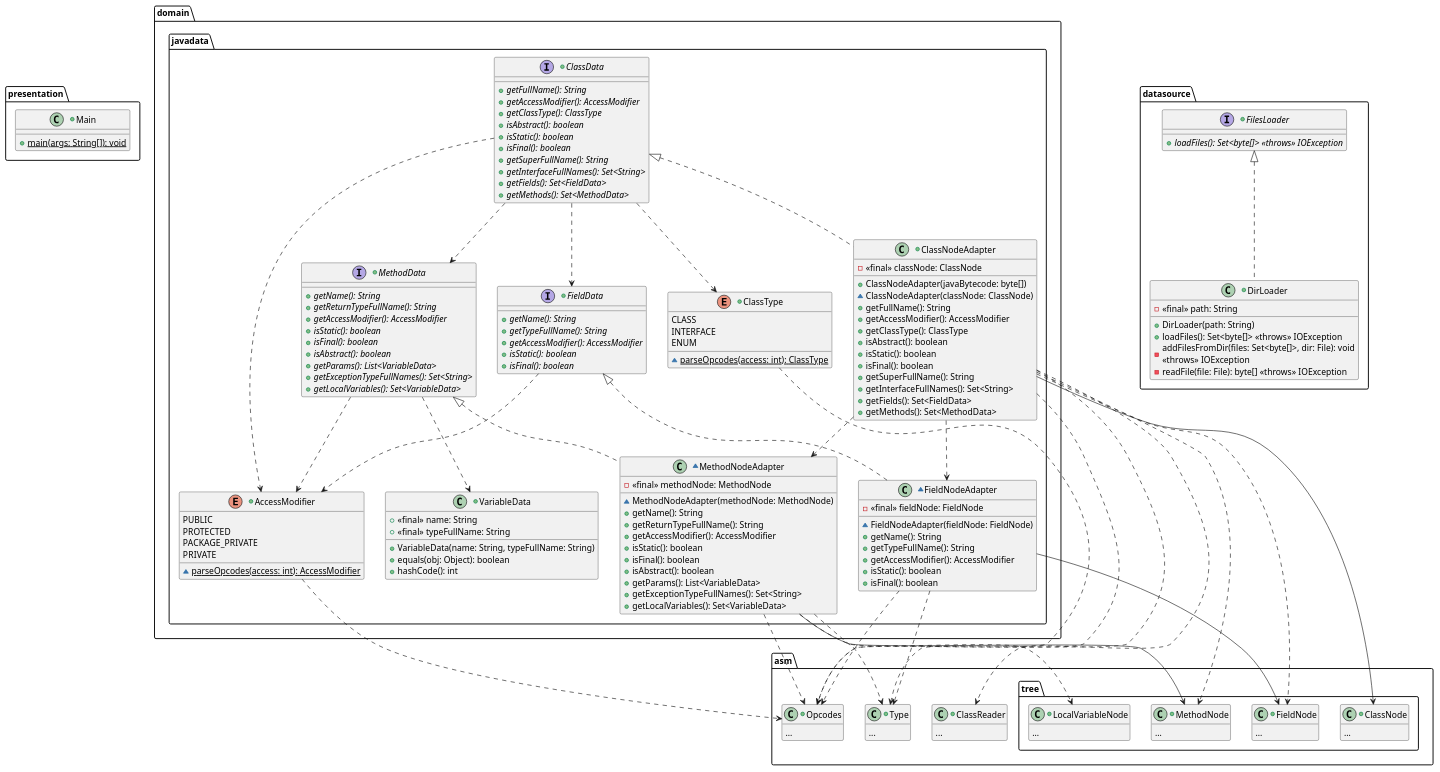
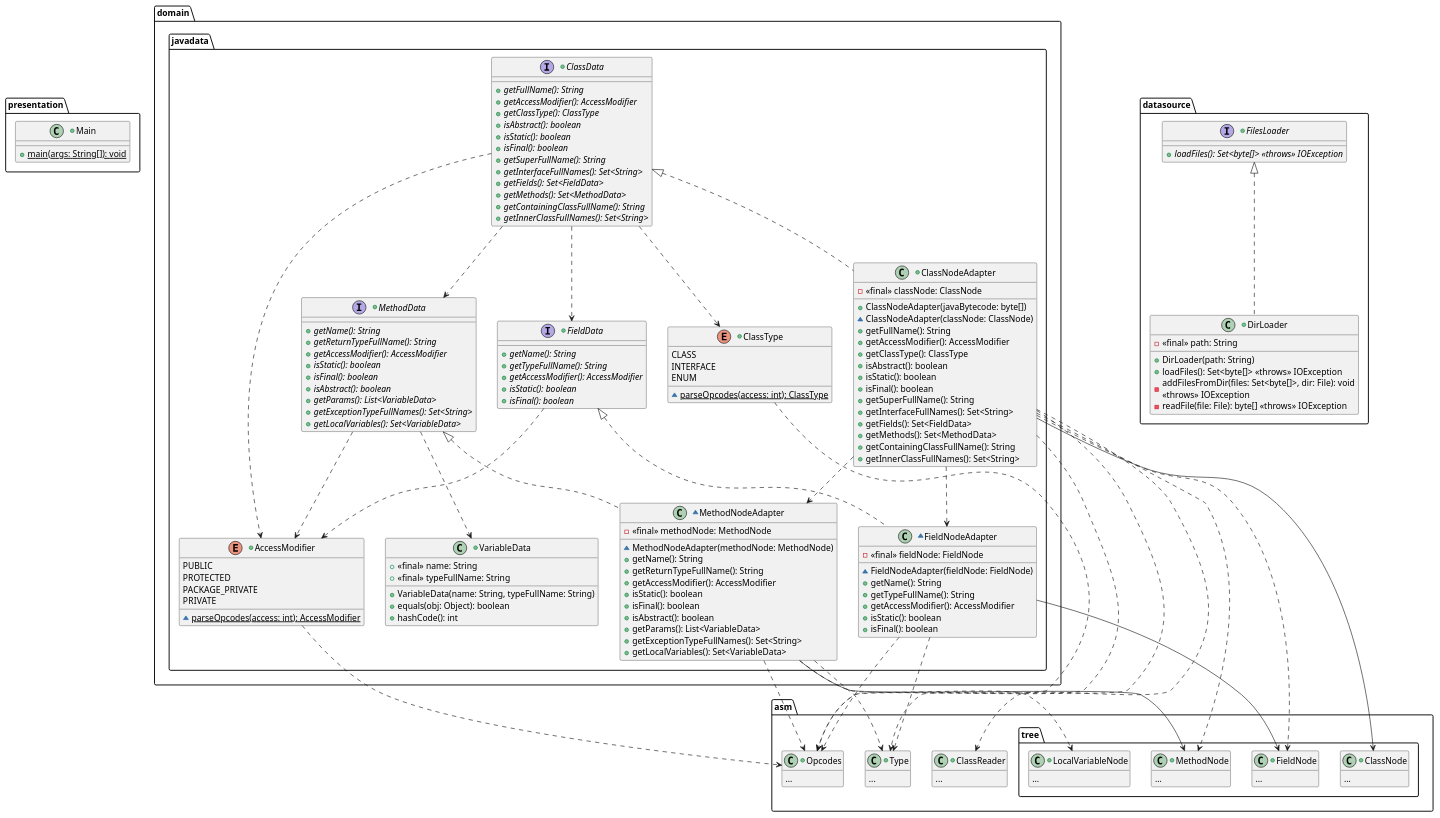
The diagram in design.puml (mkacct/csse375-project-2.1), drawn with PlantUML before and after one commit. The commit also changed 3 other files, not shown here.

```diff
--- a/design.puml
+++ b/design.puml
@@ -54,6 +54,8 @@
 			+ {abstract} getInterfaceFullNames(): Set<String>
 			+ {abstract} getFields(): Set<FieldData>
 			+ {abstract} getMethods(): Set<MethodData>
+			+ {abstract} getContainingClassFullName(): String
+			+ {abstract} getInnerClassFullNames(): Set<String>
 		}
 
 		ClassData ..> AccessModifier
@@ -102,6 +104,8 @@
 			+ getInterfaceFullNames(): Set<String>
 			+ getFields(): Set<FieldData>
 			+ getMethods(): Set<MethodData>
+			+ getContainingClassFullName(): String
+			+ getInnerClassFullNames(): Set<String>
 		}
 
 		ClassData <|.. ClassNodeAdapter
```
